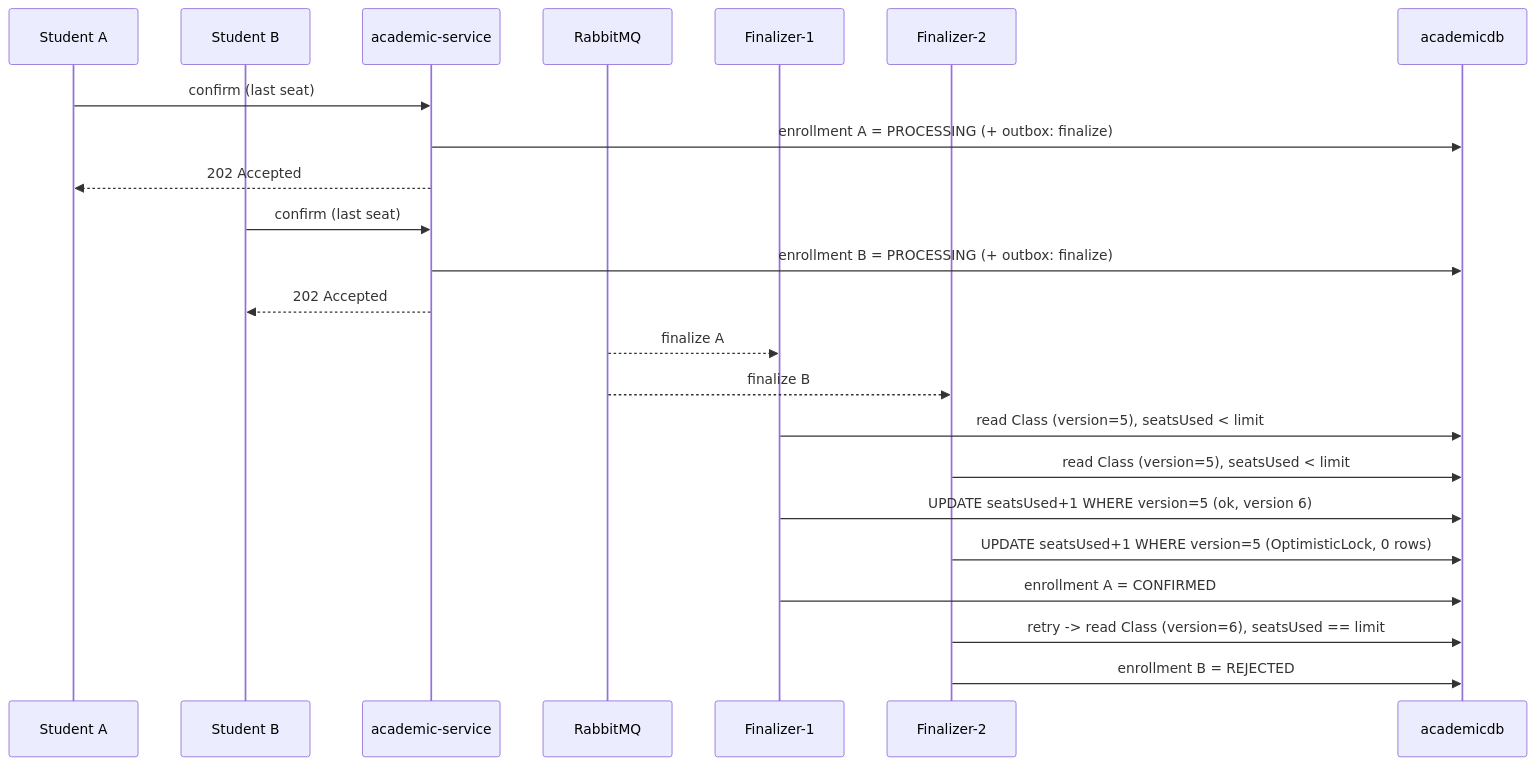
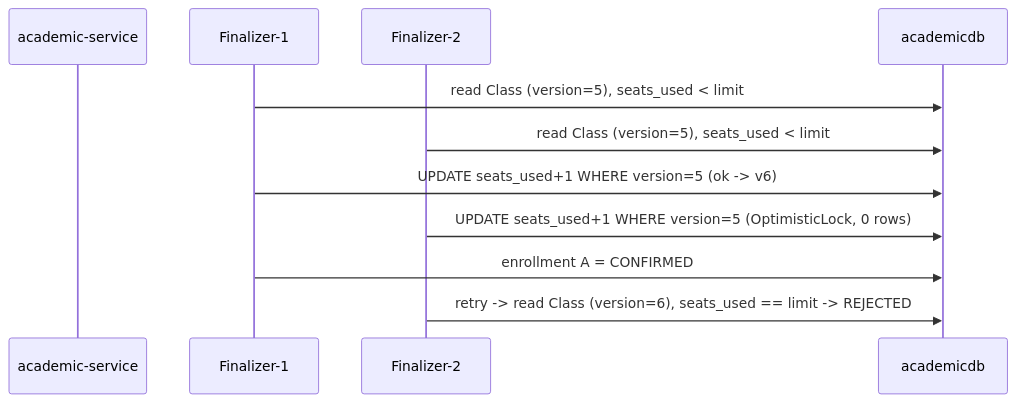
One commit to maycontanii/academic-enrollment-system changed the second of 2 diagrams in tanii/technical-design.md. Above: the diagram before and after it, drawn with Mermaid. The commit also changed other lines of this file and 1 other file, not shown here.

````diff
--- a/tanii/technical-design.md
+++ b/tanii/technical-design.md
@@ -94,26 +100,13 @@
 ```mermaid
 sequenceDiagram
-  participant S1 as Student A
-  participant S2 as Student B
   participant AC as academic-service
-  participant MQ as RabbitMQ
   participant W1 as Finalizer-1
   participant W2 as Finalizer-2
   participant DB as academicdb
-
-  S1->>AC: confirm (last seat)
-  AC->>DB: enrollment A = PROCESSING (+ outbox: finalize)
-  AC-->>S1: 202 Accepted
-  S2->>AC: confirm (last seat)
-  AC->>DB: enrollment B = PROCESSING (+ outbox: finalize)
-  AC-->>S2: 202 Accepted
-  MQ-->>W1: finalize A
-  MQ-->>W2: finalize B
-  W1->>DB: read Class (version=5), seatsUsed < limit
-  W2->>DB: read Class (version=5), seatsUsed < limit
-  W1->>DB: UPDATE seatsUsed+1 WHERE version=5 (ok, version 6)
-  W2->>DB: UPDATE seatsUsed+1 WHERE version=5 (OptimisticLock, 0 rows)
+  W1->>DB: read Class (version=5), seats_used < limit
+  W2->>DB: read Class (version=5), seats_used < limit
+  W1->>DB: UPDATE seats_used+1 WHERE version=5 (ok -> v6)
+  W2->>DB: UPDATE seats_used+1 WHERE version=5 (OptimisticLock, 0 rows)
   W1->>DB: enrollment A = CONFIRMED
-  W2->>DB: retry -> read Class (version=6), seatsUsed == limit
-  W2->>DB: enrollment B = REJECTED
+  W2->>DB: retry -> read Class (version=6), seats_used == limit -> REJECTED
 ```
````
